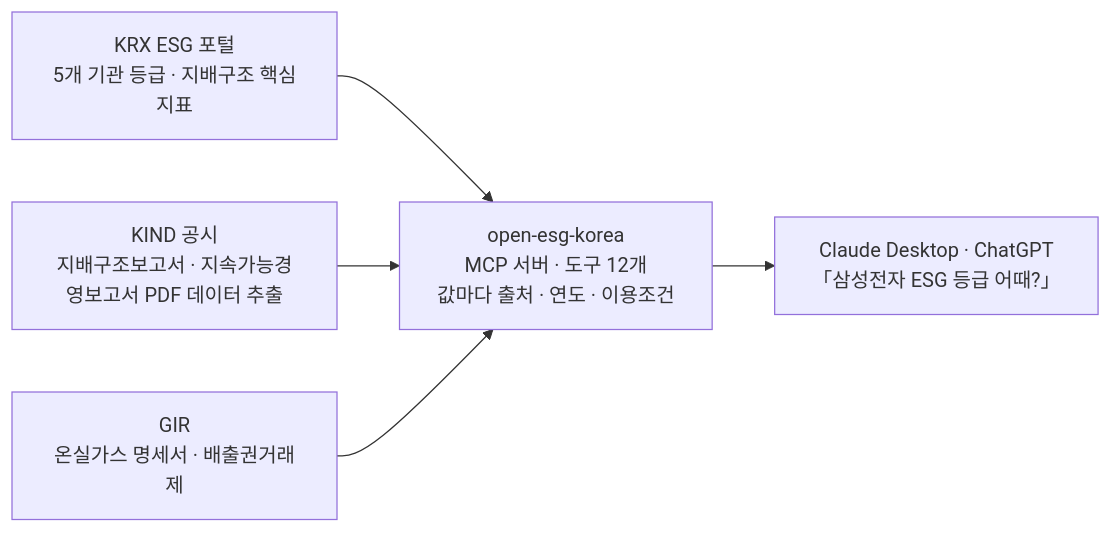
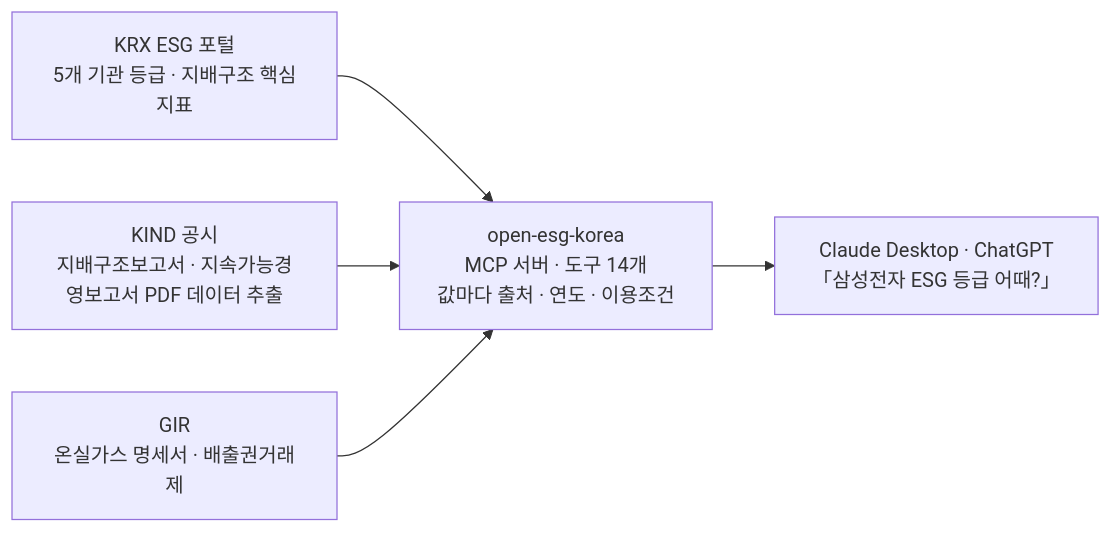
The diagram in README.md (MarcoYou/open-esg-korea), drawn with Mermaid before and after one commit. The commit also changed other lines of this file and 32 other files, not shown here.

````diff
--- a/README.md
+++ b/README.md
@@ -37,7 +37,7 @@
 ```mermaid
 flowchart LR
     A["KRX ESG 포털<br/>5개 기관 등급 · 지배구조 핵심지표"] --> S
     B["KIND 공시<br/>지배구조보고서 · 지속가능경영보고서 PDF 데이터 추출"] --> S
     C["GIR<br/>온실가스 명세서 · 배출권거래제"] --> S
-    S["open-esg-korea<br/>MCP 서버 · 도구 12개<br/>값마다 출처 · 연도 · 이용조건"] --> D["Claude Desktop · ChatGPT<br/>「삼성전자 ESG 등급 어때?」"]
+    S["open-esg-korea<br/>MCP 서버 · 도구 14개<br/>값마다 출처 · 연도 · 이용조건"] --> D["Claude Desktop · ChatGPT<br/>「삼성전자 ESG 등급 어때?」"]
 ```
````
